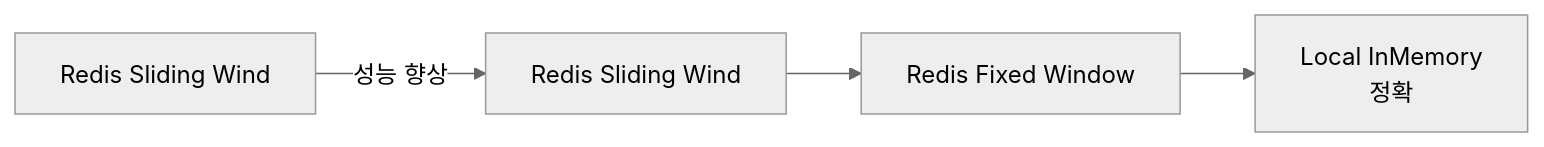
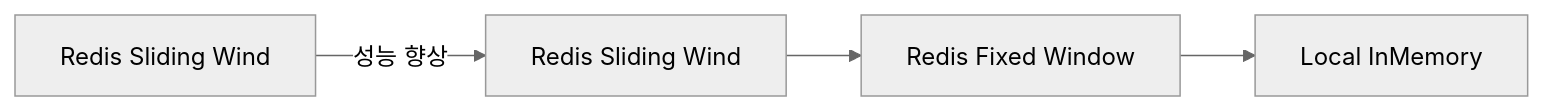
Diagram 12 of 13 in _posts/spring/2026-05-01-rate-limiting.md (yjkim2015/yjkim2015.github.io), drawn with Mermaid (neutral theme) before and after one commit. The commit also changed other lines of this file and 217 other files, not shown here.

First line of the commit message:
Mermaid 크기 수정: useMaxWidth:true + SVG max-width:100% + 라벨 축소

````diff
--- a/_posts/spring/2026-05-01-rate-limiting.md
+++ b/_posts/spring/2026-05-01-rate-limiting.md
@@ -935,8 +935,8 @@
 ```mermaid
 graph LR
     A["Redis Sliding Wind"]
     B["Redis Sliding Wind"]
     C["Redis Fixed Window"]
-    D["Local InMemory\n정확"]
+    D["Local InMemory"]
     A -->|"성능 향상"| B --> C --> D
 ```
````
